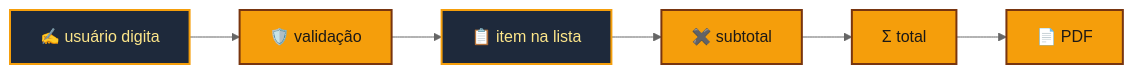
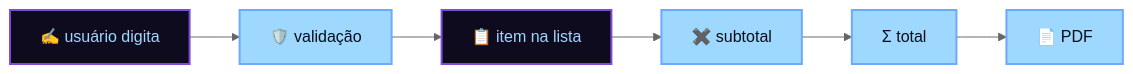
The diagram in README.md (wsmithdiary/orcamento-website), drawn with Mermaid (neutral theme) before and after one commit. The commit also changed other lines of this file, not shown here.

````diff
--- a/README.md
+++ b/README.md
@@ -35,13 +45,12 @@
 ```mermaid
 flowchart LR
     A["✍️ usuário digita"] --> B["🛡️ validação"]
     B --> C["📋 item na lista"]
     C --> D["✖️ subtotal"]
     D --> E["Σ total"]
     E --> F["📄 PDF"]
-
-    classDef core fill:#f59e0b,stroke:#78350f,stroke-width:2px,color:#1c1917
-    classDef ui fill:#1e293b,stroke:#f59e0b,stroke-width:2px,color:#fde68a
+    classDef core fill:#9fd8ff,stroke:#6ea8ff,stroke-width:2px,color:#080d1a
+    classDef ui fill:#0e0b1f,stroke:#7d4bd8,stroke-width:2px,color:#9fd8ff
     class B,D,E,F core
     class A,C ui
 ```
````
